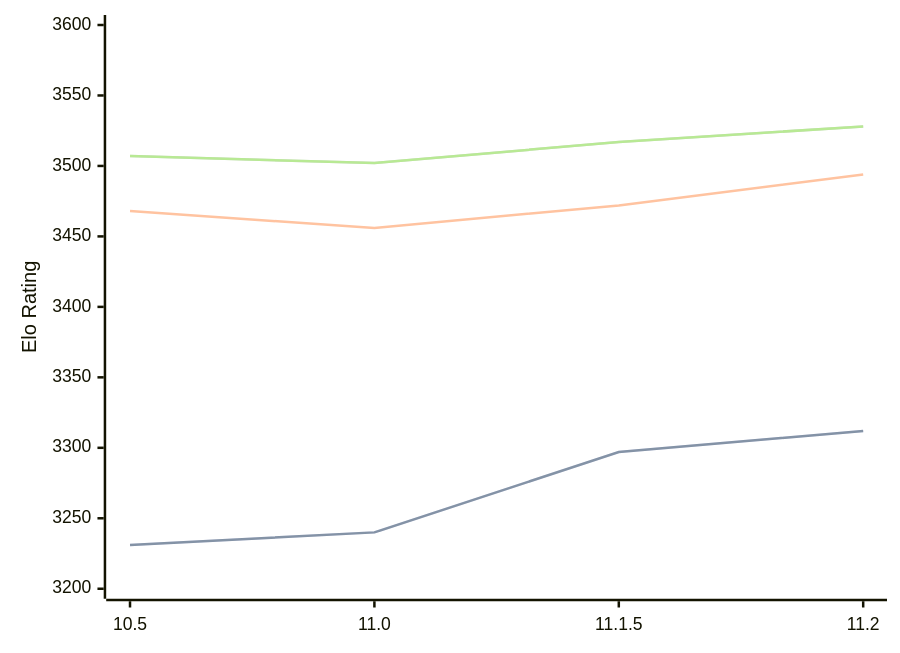
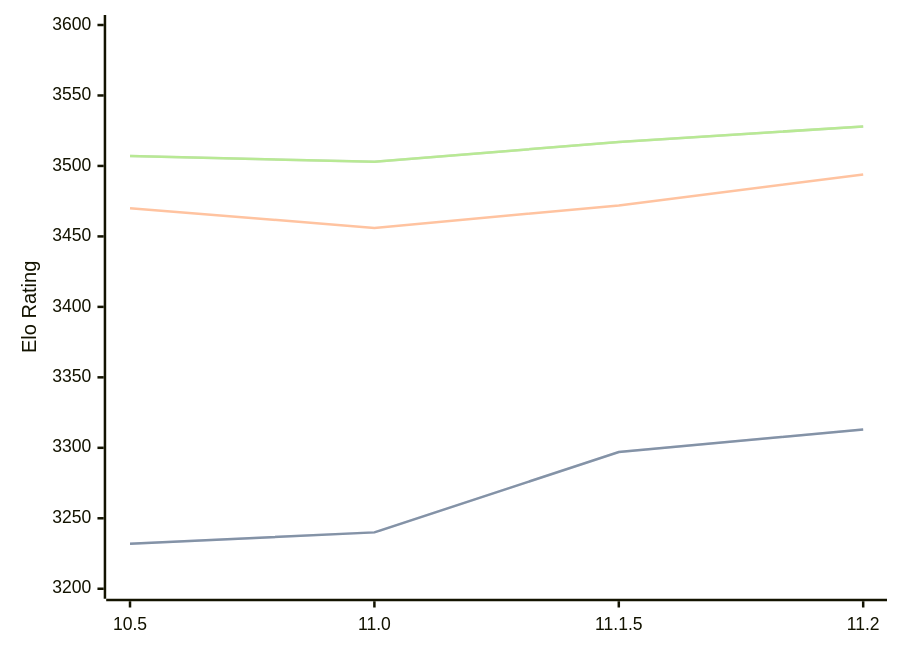
The diagram in engines/Lizard.md (computer-chess-index/cci), drawn with Mermaid before and after one commit. The commit also changed other lines of this file, not shown here.

Commit message:
Update CCI Ratings (ELO VLTC) - 2026-10-08

````diff
--- a/engines/Lizard.md
+++ b/engines/Lizard.md
@@ -34,11 +34,11 @@
 ```mermaid
 %%{init: {"theme":"base","themeVariables":{"seriesColors:['#a3a3a3','#222221','#faa371']}}}%%
 xychart-beta
   x-axis ["10.5", "11.0", "11.1.5", "11.2"]
   y-axis "Elo Rating" 3200 --> 3600
-  line "" [3231, 3240, 3297, 3312]
-  line "STC (8.0+0.08s)" [3231, 3240, 3297, 3312]
-  line "LTC (60.0+0.60s)" [3468, 3456, 3472, 3494]
-  line "" [3507, 3502, 3517, 3528]
-  line "VLTC (2m24s+1.12s)" [3507, 3502, 3517, 3528]
+  line "" [3232, 3240, 3297, 3313]
+  line "STC (8.0+0.08s)" [3232, 3240, 3297, 3313]
+  line "LTC (60.0+0.60s)" [3470, 3456, 3472, 3494]
+  line "" [3507, 3503, 3517, 3528]
+  line "VLTC (2m24s+1.12s)" [3507, 3503, 3517, 3528]
 ```
````
